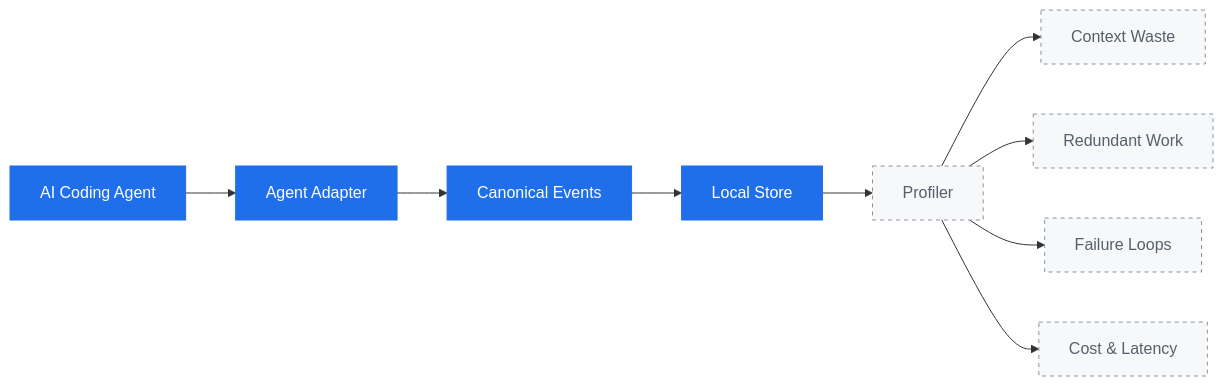
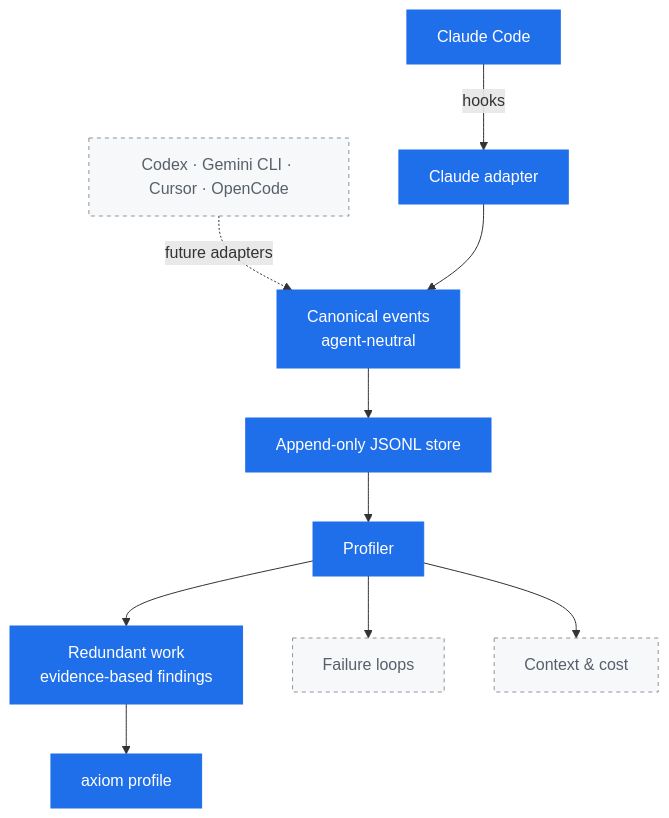
One commit to exequieldeferrari/axiom changed the first of 2 diagrams in README.md. Above: the diagram before and after it, drawn with Mermaid. The commit also changed other lines of this file and 11 other files, not shown here.

Commit message:
feat(profiler): detect evidence-based redundant work

````diff
--- a/README.md
+++ b/README.md
@@ -39,17 +41,17 @@
 ```mermaid
-flowchart LR
-    Agent["AI Coding Agent"] --> Adapter["Agent Adapter"]
-    Adapter --> Events["Canonical Events"]
-    Events --> Store["Local Store"]
+flowchart TD
+    Claude["Claude Code"] -->|hooks| Adapter["Claude adapter"]
+    Future["Codex · Gemini CLI · Cursor · OpenCode"] -.->|future adapters| Events
+    Adapter --> Events["Canonical events<br/>agent-neutral"]
+    Events --> Store["Append-only JSONL store"]
     Store --> Profiler["Profiler"]
-
-    Profiler --> Context["Context Waste"]
-    Profiler --> Work["Redundant Work"]
-    Profiler --> Loops["Failure Loops"]
-    Profiler --> Cost["Cost & Latency"]
+    Profiler --> Redundant["Redundant work<br/>evidence-based findings"]
+    Profiler --> Loops["Failure loops"]
+    Profiler --> Cost["Context & cost"]
+    Redundant --> CLI["axiom profile"]
 
     classDef built fill:#1f6feb,stroke:#1f6feb,color:#ffffff
     classDef planned fill:#f6f8fa,stroke:#8b949e,color:#57606a,stroke-dasharray:4 4
-    class Agent,Adapter,Events,Store built
-    class Profiler,Context,Work,Loops,Cost planned
+    class Claude,Adapter,Events,Store,Profiler,Redundant,CLI built
+    class Future,Loops,Cost planned
 ```
````
